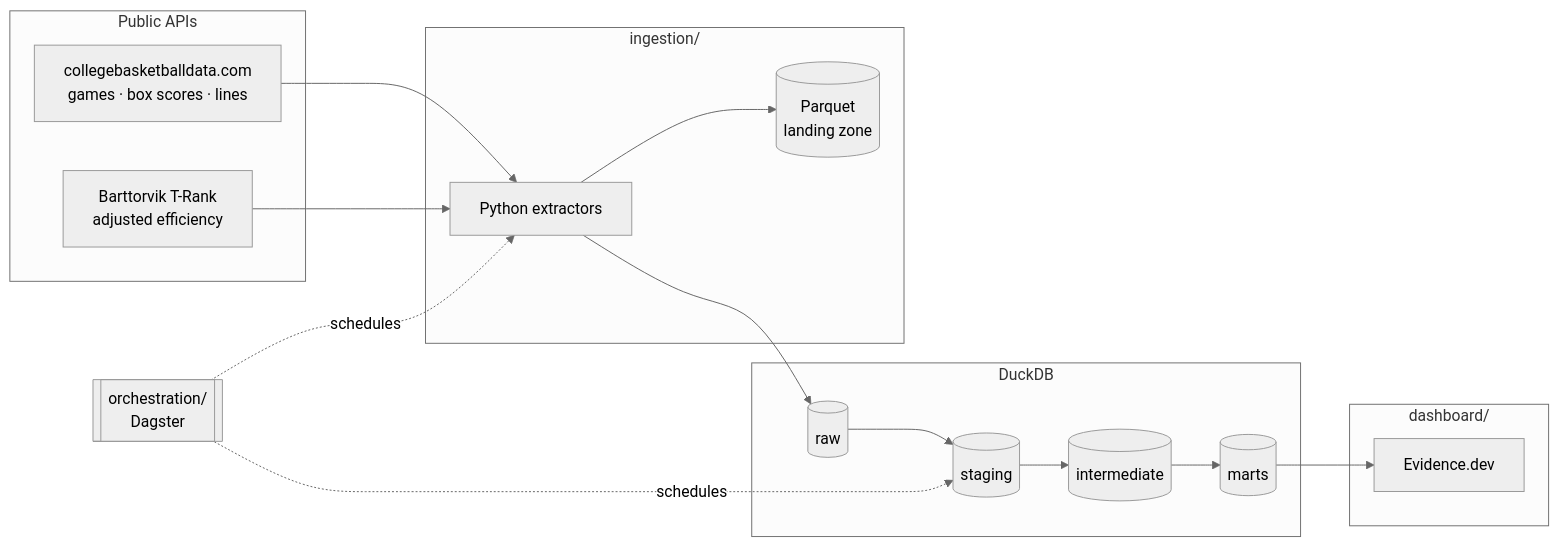
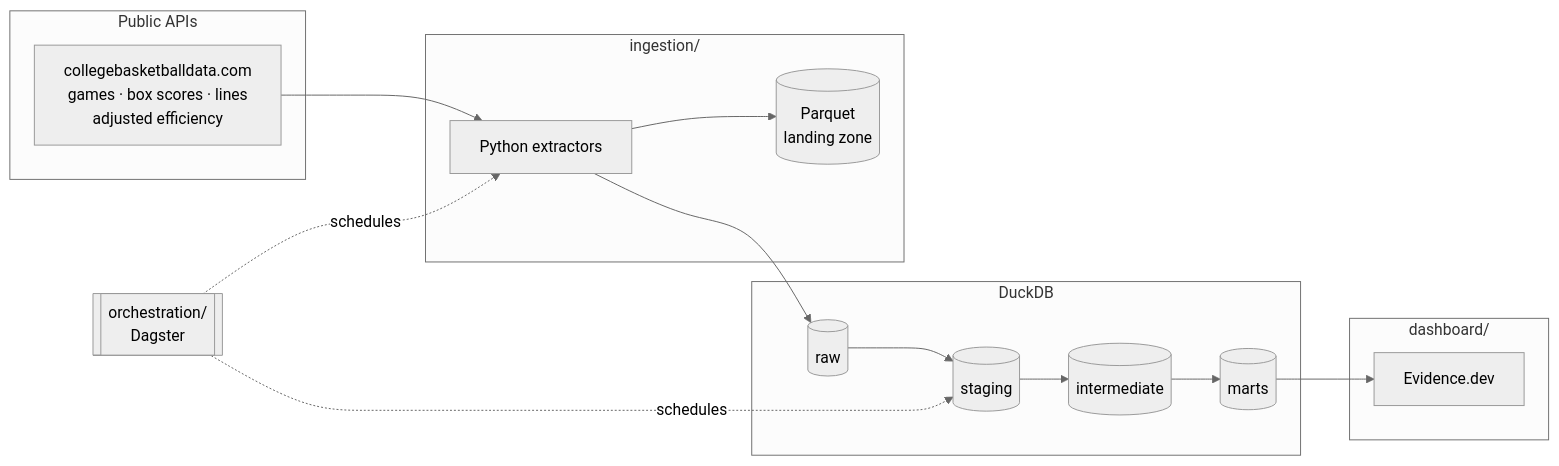
The diagram in README.md (CameronSpilker/full-data-stack-lab), drawn with Mermaid (neutral theme) before and after one commit. The commit also changed other lines of this file and 21 other files, not shown here.

````diff
--- a/README.md
+++ b/README.md
@@ -18,33 +18,31 @@
 ```mermaid
 flowchart LR
     subgraph sources[Public APIs]
-        cbd[collegebasketballdata.com<br/>games · box scores · lines]
-        torvik[Barttorvik T-Rank<br/>adjusted efficiency]
+        cbd[collegebasketballdata.com<br/>games · box scores · lines<br/>adjusted efficiency]
     end
 
     subgraph ingest[ingestion/]
         extract[Python extractors]
         parquet[(Parquet<br/>landing zone)]
     end
 
     subgraph warehouse[DuckDB]
         raw[(raw)]
         stg[(staging)]
         int[(intermediate)]
         marts[(marts)]
     end
 
     subgraph present[dashboard/]
         evidence[Evidence.dev]
     end
 
     cbd --> extract
-    torvik --> extract
     extract --> parquet
     extract --> raw
     raw --> stg --> int --> marts
     marts --> evidence
 
     dagster[["orchestration/<br/>Dagster"]] -.schedules.-> extract
     dagster -.schedules.-> stg
 ```
````
